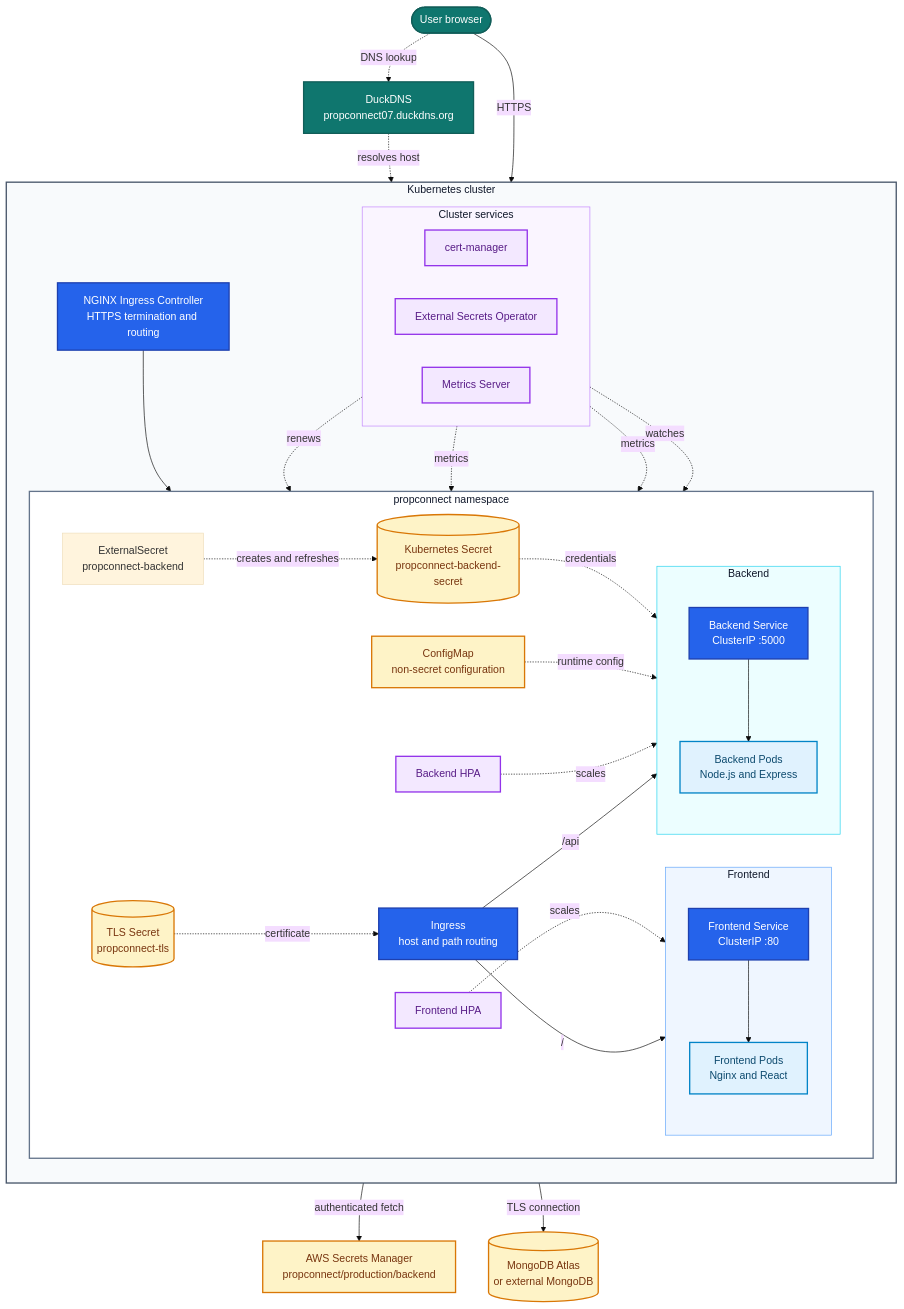
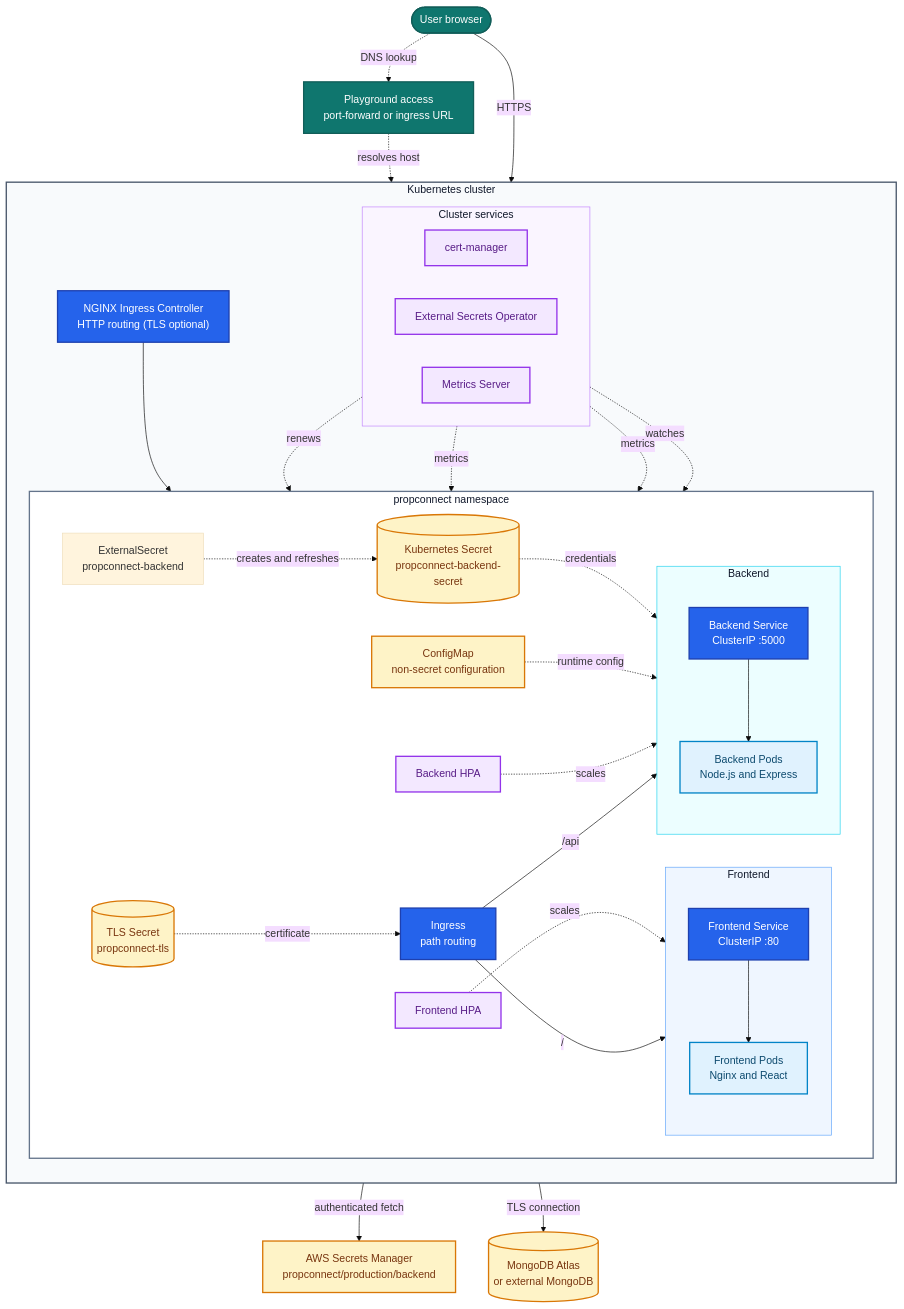
The diagram in k8s/README.md (charansaipashikanti/propconnect), drawn with Mermaid (base theme) before and after one commit. The commit also changed other lines of this file and 5 other files, not shown here.

````diff
--- a/k8s/README.md
+++ b/k8s/README.md
@@ -7,11 +7,11 @@
 ```mermaid
 flowchart TB
     browser(["User browser"])
-    dns["DuckDNS<br/>propconnect07.duckdns.org"]
+    dns["Playground access<br/>port-forward or ingress URL"]
 
     subgraph cluster["Kubernetes cluster"]
         direction TB
-        ingressController["NGINX Ingress Controller<br/>HTTPS termination and routing"]
+        ingressController["NGINX Ingress Controller<br/>HTTP routing (TLS optional)"]
 
         subgraph app["propconnect namespace"]
             direction LR
@@ -33,7 +33,7 @@
             appSecret[("Kubernetes Secret<br/>propconnect-backend-secret")]
             appConfig["ConfigMap<br/>non-secret configuration"]
             externalSecret["ExternalSecret<br/>propconnect-backend"]
-            ingress["Ingress<br/>host and path routing"]
+            ingress["Ingress<br/>path routing"]
             tlsSecret[("TLS Secret<br/>propconnect-tls")]
             frontendHpa["Frontend HPA"]
             backendHpa["Backend HPA"]
````
